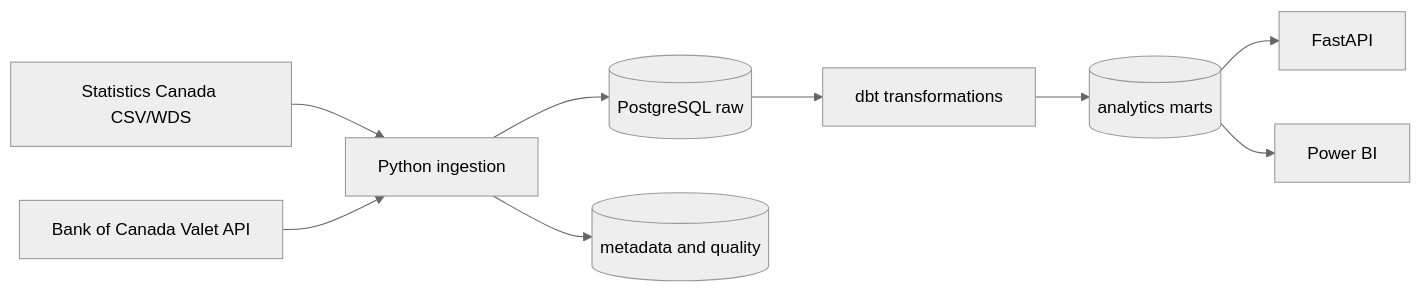
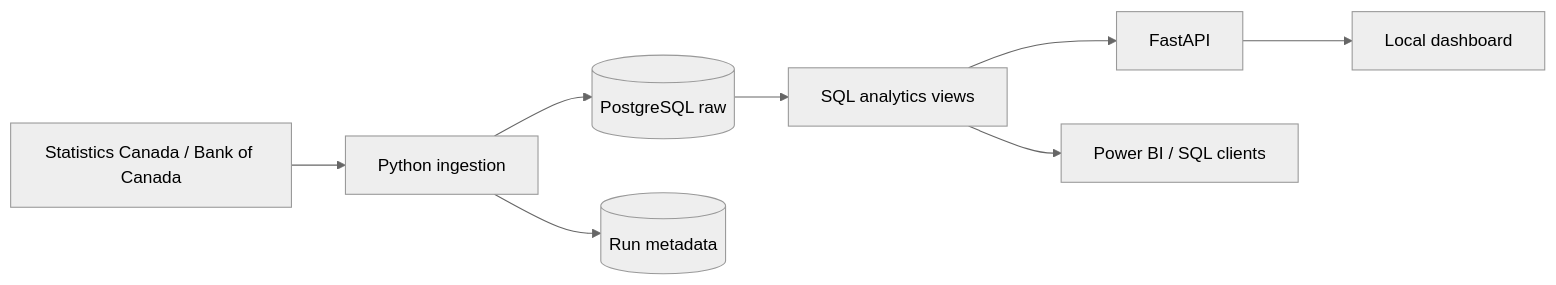
The diagram in README.md (sarbzcode/CanadaPulse), drawn with Mermaid (neutral theme) before and after one commit. The commit also changed other lines of this file and 45 other files, not shown here.

Commit message:
Build CanadaPulse ingestion pipelines and interactive dashboard

````diff
--- a/README.md
+++ b/README.md
@@ -28,11 +40,10 @@
 ```mermaid
 flowchart LR
-    statcan[Statistics Canada CSV/WDS] --> ingest[Python ingestion]
-    boc[Bank of Canada Valet API] --> ingest
-    ingest --> raw[(PostgreSQL raw)]
-    raw --> dbt[dbt transformations]
-    dbt --> marts[(analytics marts)]
-    marts --> api[FastAPI]
-    marts --> pbi[Power BI]
-    ingest --> meta[(metadata and quality)]
+    sources[Statistics Canada / Bank of Canada] --> python[Python ingestion]
+    python --> raw[(PostgreSQL raw)]
+    python --> metadata[(Run metadata)]
+    raw --> views[SQL analytics views]
+    views --> api[FastAPI]
+    api --> dashboard[Local dashboard]
+    views --> bi[Power BI / SQL clients]
 ```
````
